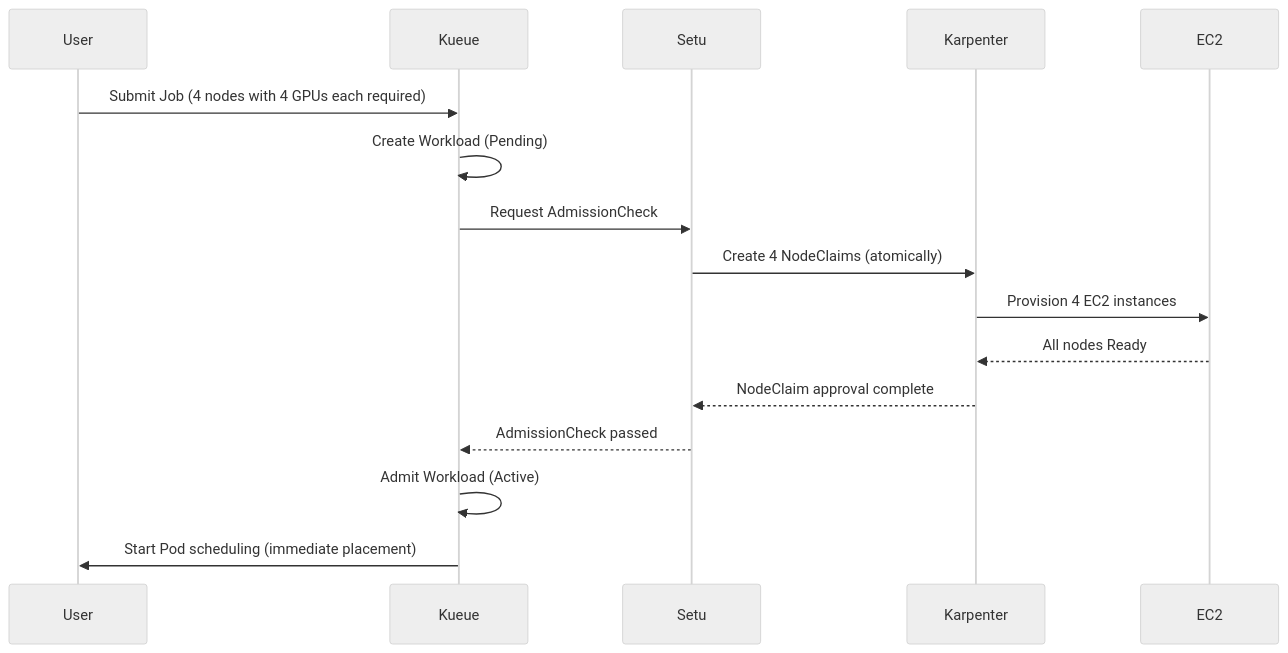
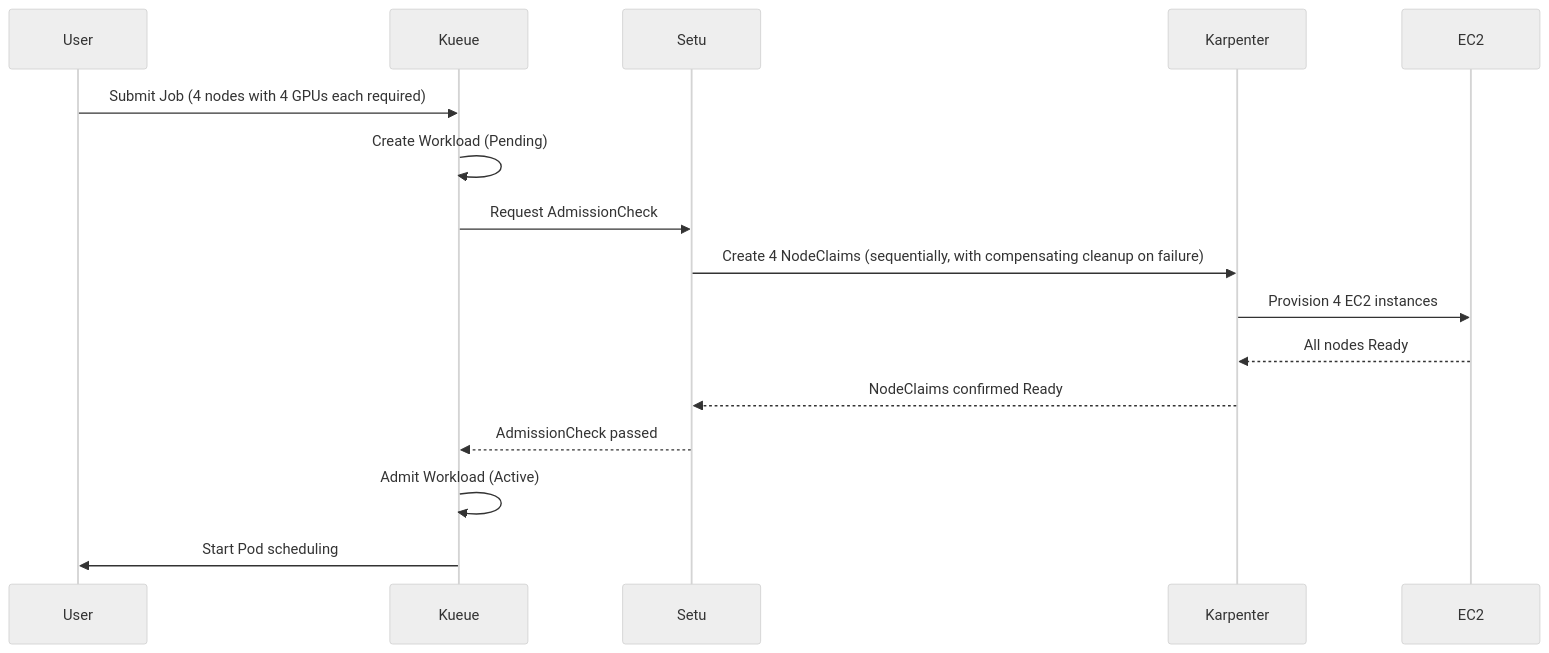
The fifth of 12 diagrams in i18n/en/docusaurus-plugin-content-docs/current/eks-best-practices/operations-reliability/eks-pod-scheduling-availability.md (devfloor9/engineering-playbook), drawn with Mermaid (neutral theme) before and after one commit. The commit also changed other lines of this file and 1 other file, not shown here.

````diff
--- a/i18n/en/docusaurus-plugin-content-docs/current/eks-best-practices/operations-reliability/eks-pod-scheduling-availability.md
+++ b/i18n/en/docusaurus-plugin-content-docs/current/eks-best-practices/operations-reliability/eks-pod-scheduling-availability.md
@@ -3516,19 +3650,19 @@
 ```mermaid
 sequenceDiagram
     participant User
     participant Kueue
     participant Setu
     participant Karpenter
     participant EC2
 
     User->>Kueue: Submit Job (4 nodes with 4 GPUs each required)
     Kueue->>Kueue: Create Workload (Pending)
     Kueue->>Setu: Request AdmissionCheck
-    Setu->>Karpenter: Create 4 NodeClaims (atomically)
+    Setu->>Karpenter: Create 4 NodeClaims (sequentially, with compensating cleanup on failure)
     Karpenter->>EC2: Provision 4 EC2 instances
     EC2-->>Karpenter: All nodes Ready
-    Karpenter-->>Setu: NodeClaim approval complete
+    Karpenter-->>Setu: NodeClaims confirmed Ready
     Setu-->>Kueue: AdmissionCheck passed
     Kueue->>Kueue: Admit Workload (Active)
-    Kueue->>User: Start Pod scheduling (immediate placement)
+    Kueue->>User: Start Pod scheduling
 ```
````
